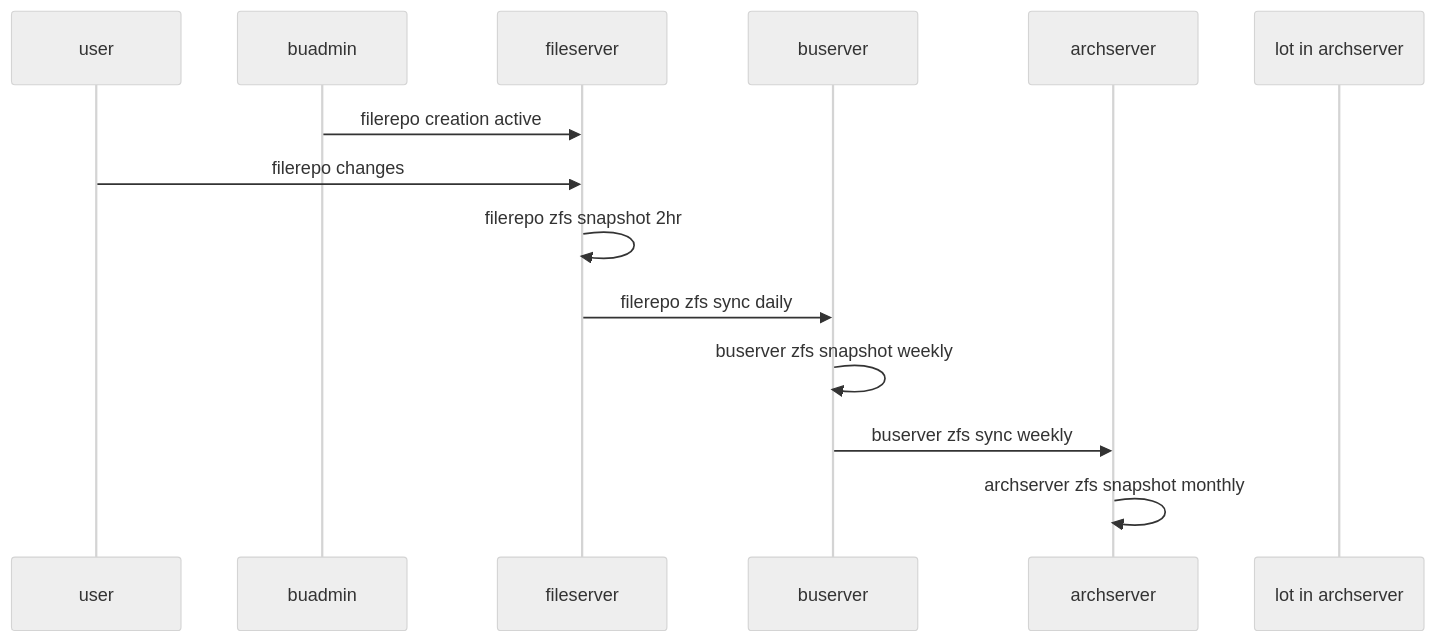
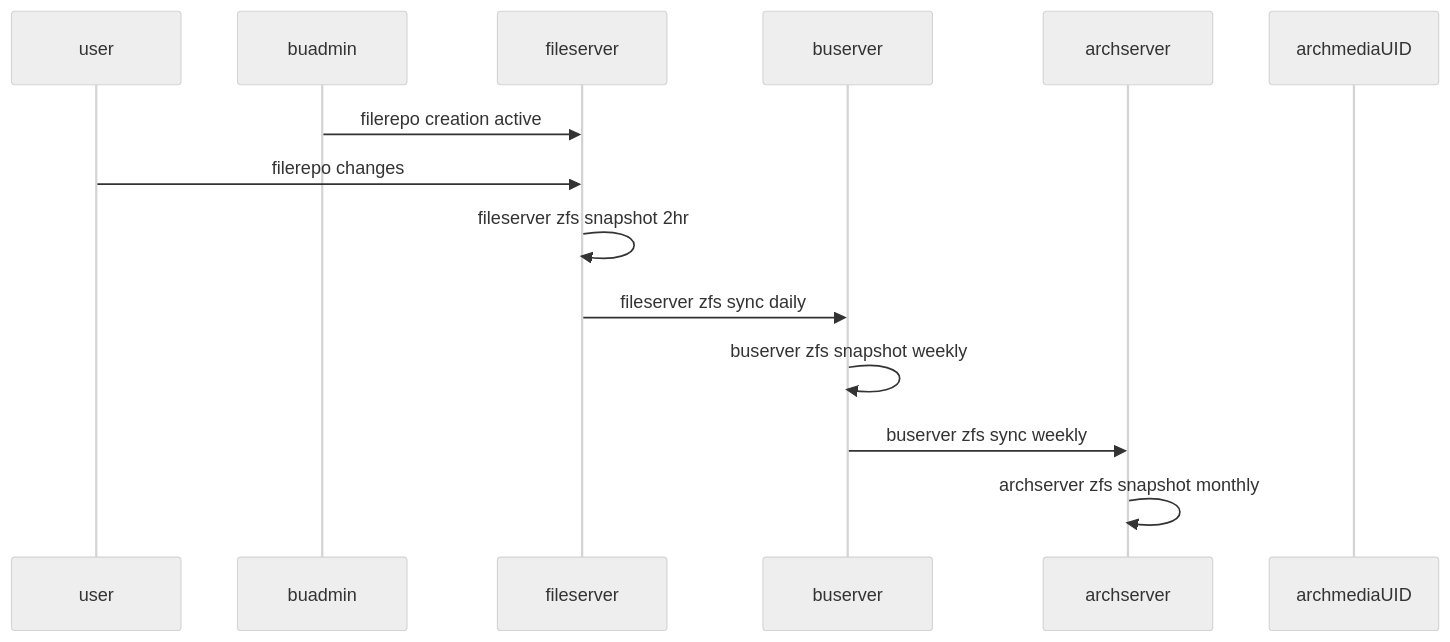
The first of 4 diagrams in docs/ops/backup/backup-diagram.md (2cld/netstack), drawn with Mermaid (neutral theme) before and after one commit. The commit also changed other lines of this file, not shown here.

````diff
--- a/docs/ops/backup/backup-diagram.md
+++ b/docs/ops/backup/backup-diagram.md
@@ -4,16 +4,16 @@
 ```mermaid
 sequenceDiagram
     participant user
     participant buadmin
     participant fileserver
     participant buserver
     participant archserver
-    participant lot in archserver
+    participant archmediaUID
     buadmin->>fileserver: filerepo creation active
     user->>fileserver: filerepo changes
-    fileserver->>fileserver: filerepo zfs snapshot 2hr
-    fileserver->>buserver: filerepo zfs sync daily
+    fileserver->>fileserver: fileserver zfs snapshot 2hr
+    fileserver->>buserver: fileserver zfs sync daily
     buserver->>buserver: buserver zfs snapshot weekly
     buserver->>archserver: buserver zfs sync weekly
     archserver->>archserver: archserver zfs snapshot monthly
 ```
````
